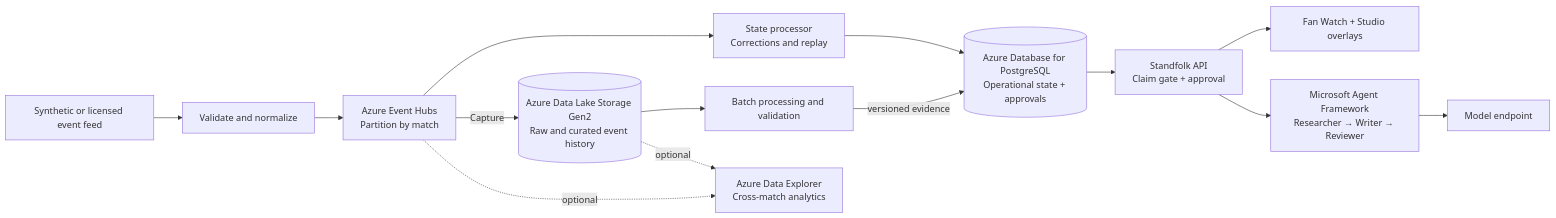
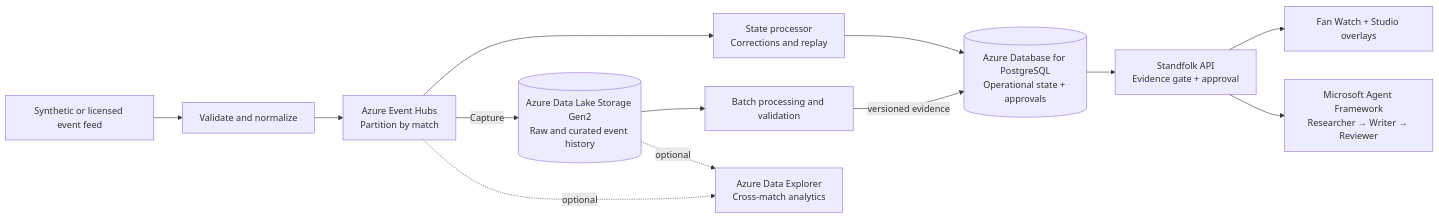
One commit to koooooh1/Standfolk-public changed the second of 2 diagrams in README.md. Above: the diagram before and after it, drawn with Mermaid. The commit also changed other lines of this file and 6 other files, not shown here.

````diff
--- a/README.md
+++ b/README.md
@@ -53,16 +72,15 @@
 ```mermaid
 flowchart LR
   FEED[Synthetic or licensed event feed] --> ADAPTER[Validate and normalize]
   ADAPTER --> HUB[Azure Event Hubs<br/>Partition by match]
   HUB --> PROCESSOR[State processor<br/>Corrections and replay]
   PROCESSOR --> DB[(Azure Database for PostgreSQL<br/>Operational state + approvals)]
-  DB --> API[Standfolk API<br/>Claim gate + approval]
-  API --> USER[Fan Watch + Studio overlays]
+  DB --> API[Standfolk API<br/>Evidence gate + approval]
+  API --> FAN[Fan Watch + Studio overlays]
   API --> AGENTS[Microsoft Agent Framework<br/>Researcher → Writer → Reviewer]
-  AGENTS --> MODEL[Model endpoint]
   HUB -->|Capture| LAKE[(Azure Data Lake Storage Gen2<br/>Raw and curated event history)]
   LAKE --> BATCH[Batch processing and validation]
   BATCH -->|versioned evidence| DB
   HUB -. optional .-> ADX[Azure Data Explorer<br/>Cross-match analytics]
   LAKE -. optional .-> ADX
 ```
````
